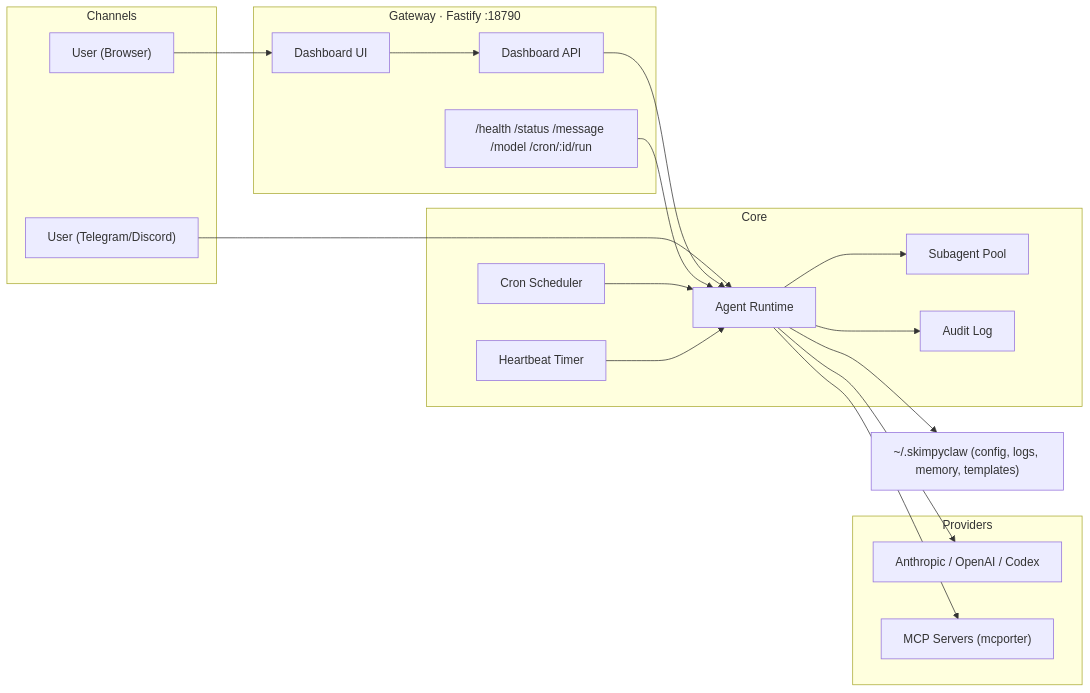
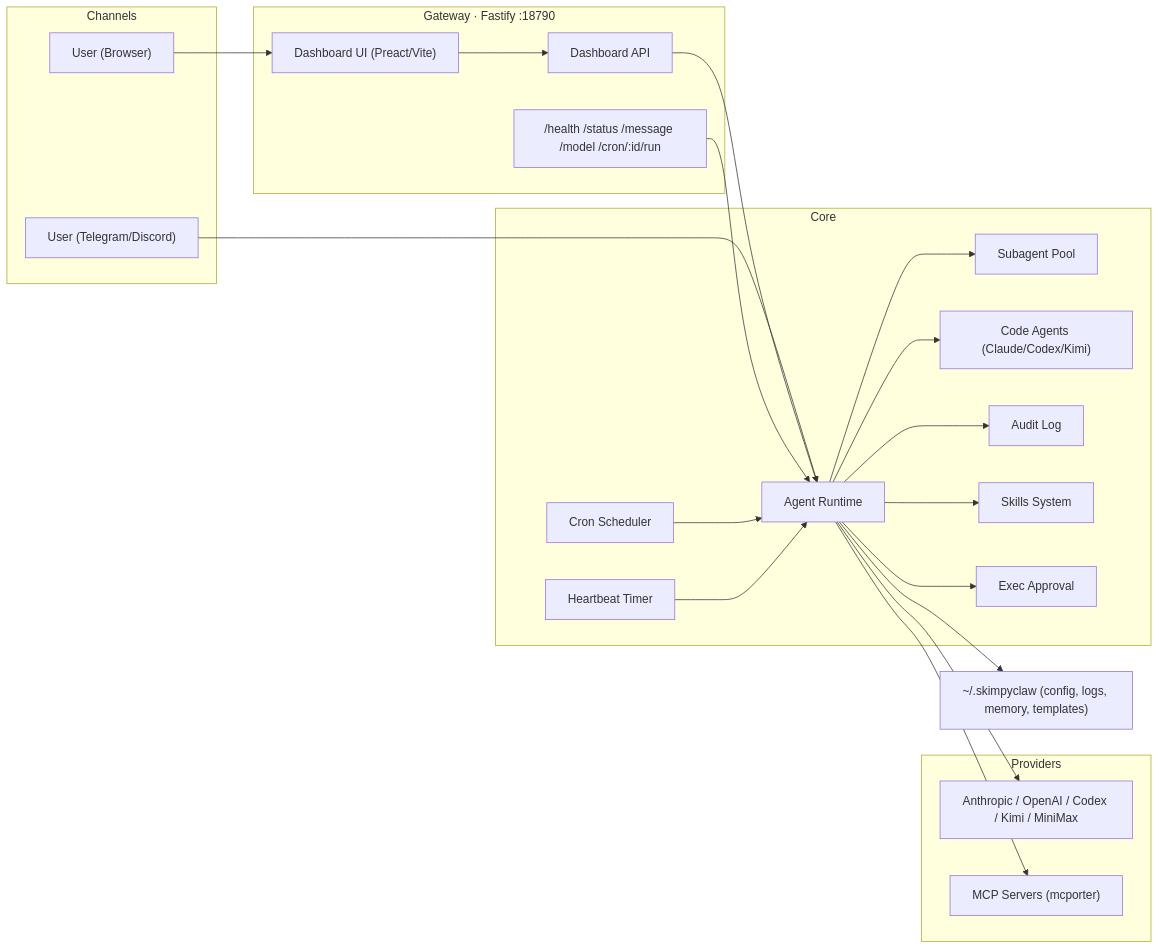
The first of 6 diagrams in docs/architecture.md (kat3samsin/skimpyclaw), drawn with Mermaid before and after one commit. The commit also changed other lines of this file and 2 other files, not shown here.

````diff
--- a/docs/architecture.md
+++ b/docs/architecture.md
@@ -5,37 +5,43 @@
 ```mermaid
 flowchart LR
   subgraph Channels
     user["User (Telegram/Discord)"]
     browser["User (Browser)"]
   end
 
   subgraph Gateway["Gateway · Fastify :18790"]
-    dash["Dashboard UI"]
+    dash["Dashboard UI (Preact/Vite)"]
     api["Dashboard API"]
     routes["/health /status /message /model /cron/:id/run"]
   end
 
   subgraph Core
     agent["Agent Runtime"]
     subagents["Subagent Pool"]
+    codeagents["Code Agents (Claude/Codex/Kimi)"]
     cron["Cron Scheduler"]
     hb["Heartbeat Timer"]
     audit["Audit Log"]
+    skills["Skills System"]
+    approvals["Exec Approval"]
   end
 
   subgraph Providers
-    models["Anthropic / OpenAI / Codex"]
+    models["Anthropic / OpenAI / Codex / Kimi / MiniMax"]
     mcp["MCP Servers (mcporter)"]
   end
 
   user --> agent
   browser --> dash --> api --> agent
   routes --> agent
   cron --> agent
   hb --> agent
   agent --> subagents
+  agent --> codeagents
   agent --> audit
+  agent --> skills
+  agent --> approvals
   agent --> models
   agent --> mcp
   agent --> fs["~/.skimpyclaw (config, logs, memory, templates)"]
 ```
````
